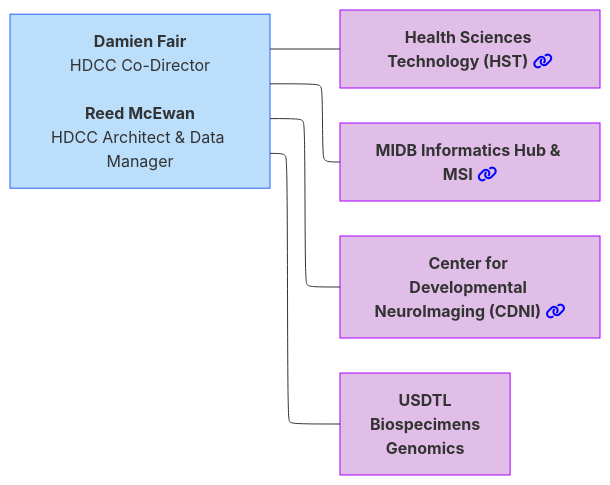
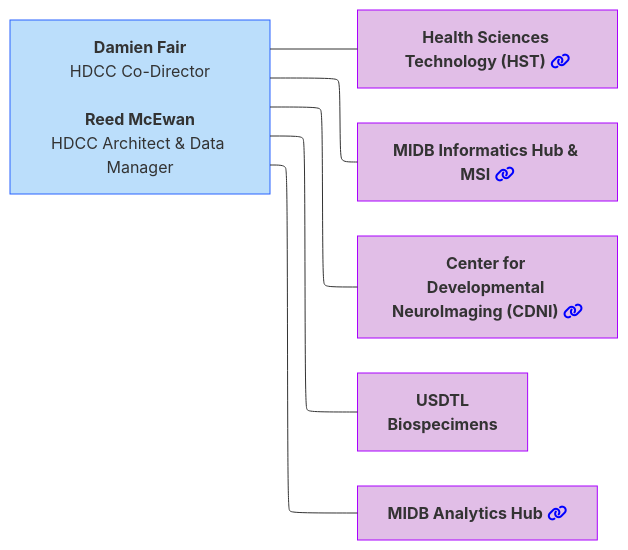
The seventh of 12 diagrams in docs/orgcharts.md (DCAN-Labs/hbcd-docs-internal), drawn with Mermaid before and after one commit. The commit also changed other lines of this file, not shown here.

Commit message:
add MIDB analytics hub

````diff
--- a/docs/orgcharts.md
+++ b/docs/orgcharts.md
@@ -307,19 +307,23 @@
 ```mermaid
 ---
 config:
   layout: elk
 ---
 flowchart LR
     A1["<b>Damien Fair</b><br>HDCC Co-Director<br><br><b>Reed McEwan</b><br>HDCC Architect &amp; Data Manager"] 
     A1 --- HST["<b>Health Sciences Technology (HST)</b> <i class="fa-solid fa-link" style="color: blue;"></i>"]
     A1 --- MIDB["<b>MIDB Informatics Hub &amp; MSI</b> <i class="fa-solid fa-link" style="color: blue;"></i>"]
-    A1 --- CDNI["<b>Center for Developmental NeuroImaging (CDNI)</b> <i class="fa-solid fa-link" style="color: blue;"></i>"] & n6["<b>USDTL<br>Biospecimens<br>Genomics</b>"]
+    A1 --- CDNI["<b>Center for Developmental NeuroImaging (CDNI)</b> <i class="fa-solid fa-link" style="color: blue;"></i>"]
+    A1 --- n6["<b>USDTL<br>Biospecimens"]
+    A1 --- genomics["<b>MIDB Analytics Hub</b> <i class="fa-solid fa-link" style="color: blue;"></i>"]
     style A1 fill:#BBDEFB,stroke:#2962FF
     style HST fill:#E1BEE7,stroke:#AA00FF
     style MIDB fill:#E1BEE7,stroke:#AA00FF
     style CDNI fill:#E1BEE7,stroke:#AA00FF
+    style genomics fill:#E1BEE7,stroke:#AA00FF
     style n6 fill:#E1BEE7,stroke:#AA00FF
     click HST "#health-sciences-technology-hst"
     click MIDB "#midb-informatics-hub-msi"
     click CDNI "#center-for-developmental-neuroimaging"
+    click genomics "#midb-analytics-hub"
 ```
````
